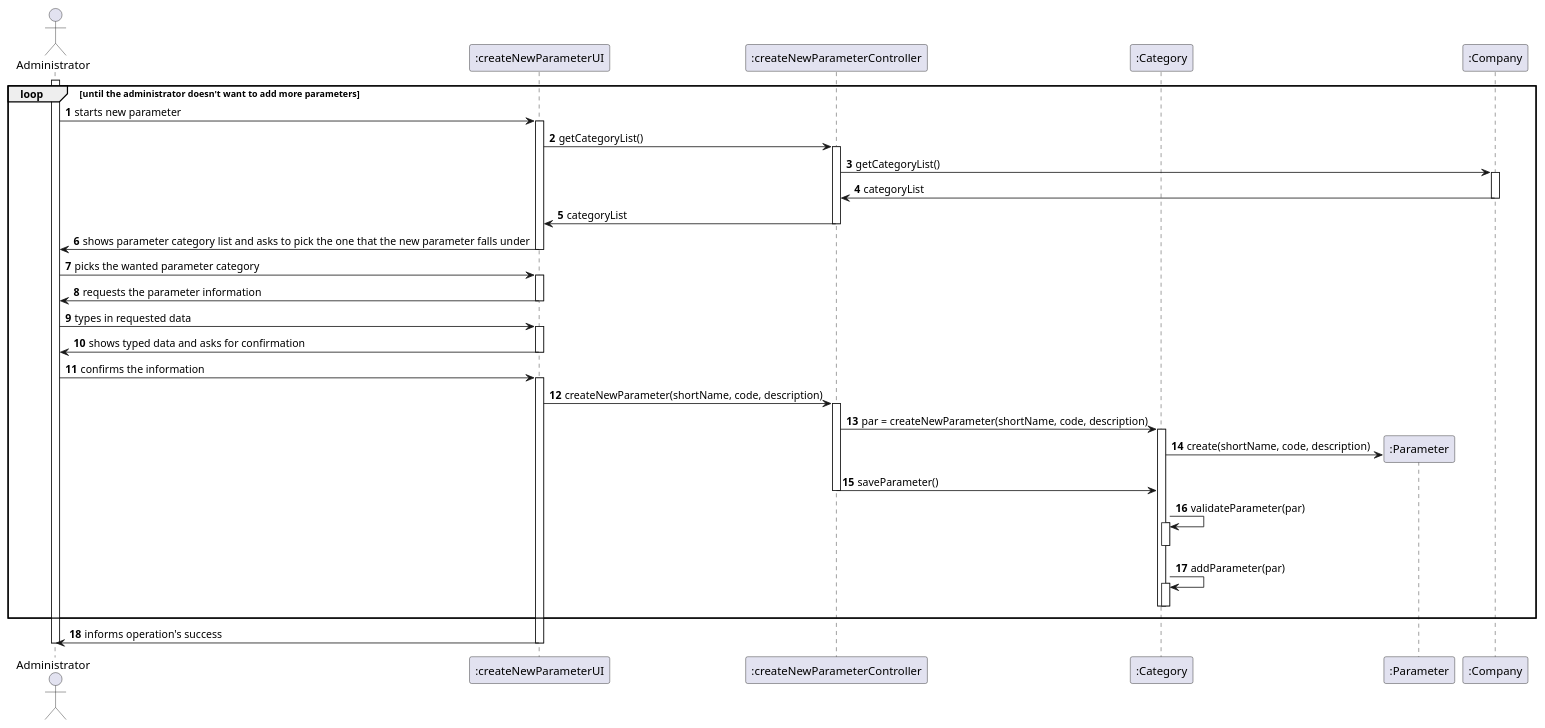
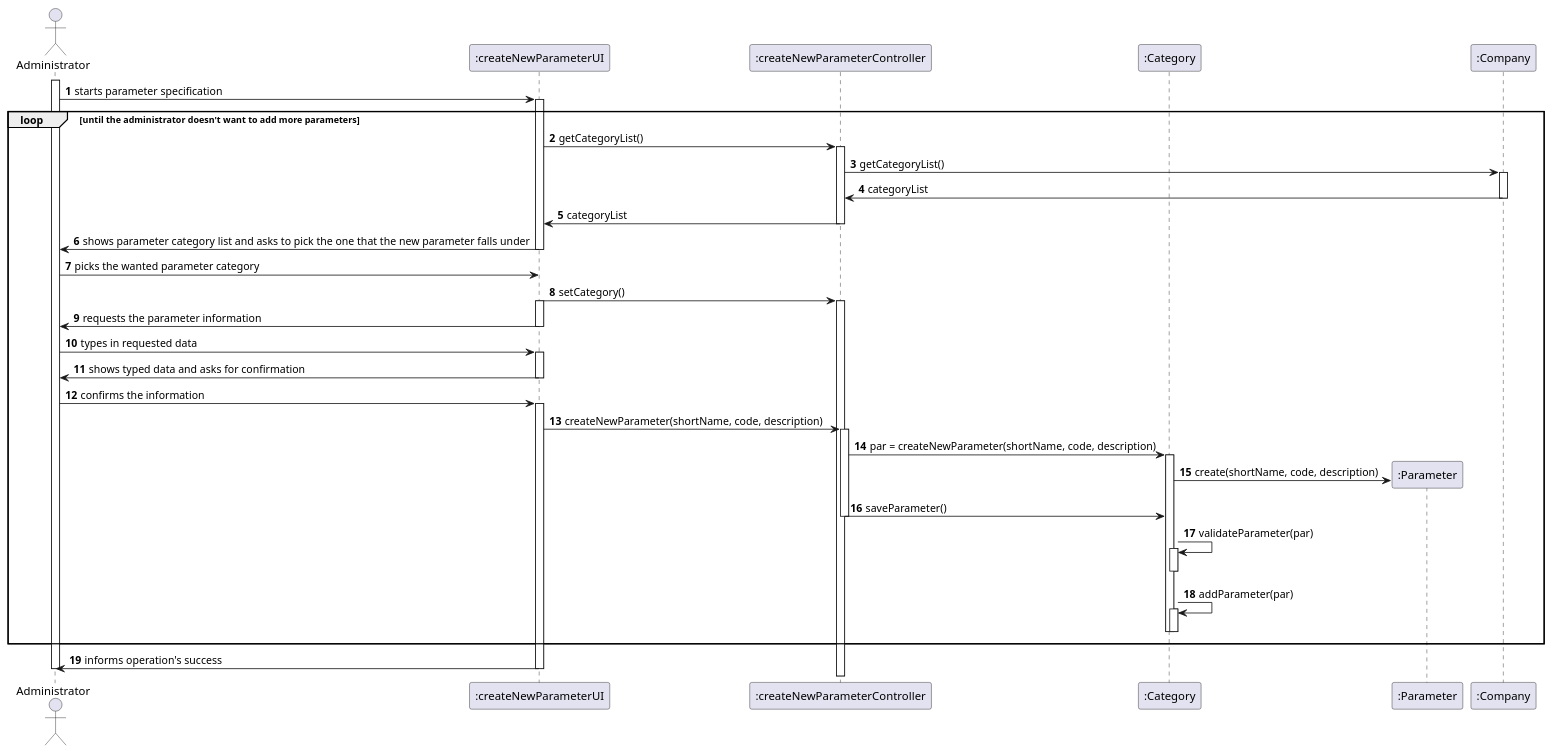
The diagram in docs/SprintC/US10/US10_SD.puml (MadDinosaur/ISEP-LAPR2), drawn with PlantUML before and after one commit. The commit also changed 7 other files, not shown here.

```diff
--- a/docs/SprintC/US10/US10_SD.puml
+++ b/docs/SprintC/US10/US10_SD.puml
@@ -1,56 +1,58 @@
 @startuml
 
 autonumber
 
 actor Administrator as admin
 participant ":createNewParameterUI" as UI
 participant ":createNewParameterController" as Controller
 participant ":Category" as cat
 participant ":Parameter" as param
 participant ":Company" as comp
 
 activate admin
+admin -> UI: starts parameter specification
 loop until the administrator doesn't want to add more parameters
-admin -> UI: starts new parameter
 activate UI
 UI -> Controller: getCategoryList()
 activate Controller
 Controller -> comp: getCategoryList()
 activate comp
 comp -> Controller: categoryList
 deactivate comp
 Controller -> UI: categoryList
 deactivate Controller
 UI -> admin: shows parameter category list and asks to pick the one that the new parameter falls under
 deactivate UI
 admin -> UI: picks the wanted parameter category
+UI -> Controller: setCategory()
+activate Controller
 activate UI
 UI -> admin: requests the parameter information
 deactivate UI
 admin -> UI: types in requested data
 activate UI
 UI -> admin: shows typed data and asks for confirmation
 deactivate UI
 admin -> UI: confirms the information
 activate UI
 UI -> Controller: createNewParameter(shortName, code, description)
 activate Controller
 Controller -> cat: par = createNewParameter(shortName, code, description)
 activate cat
 create param
 cat -> param: create(shortName, code, description)
 Controller -> cat: saveParameter()
 deactivate Controller
 cat -> cat: validateParameter(par)
 activate cat
 deactivate cat
 cat -> cat: addParameter(par)
 activate cat
 deactivate cat
 deactivate cat
 end loop
 UI -> admin: informs operation's success
 deactivate UI
 deactivate admin
 
 @enduml
```
